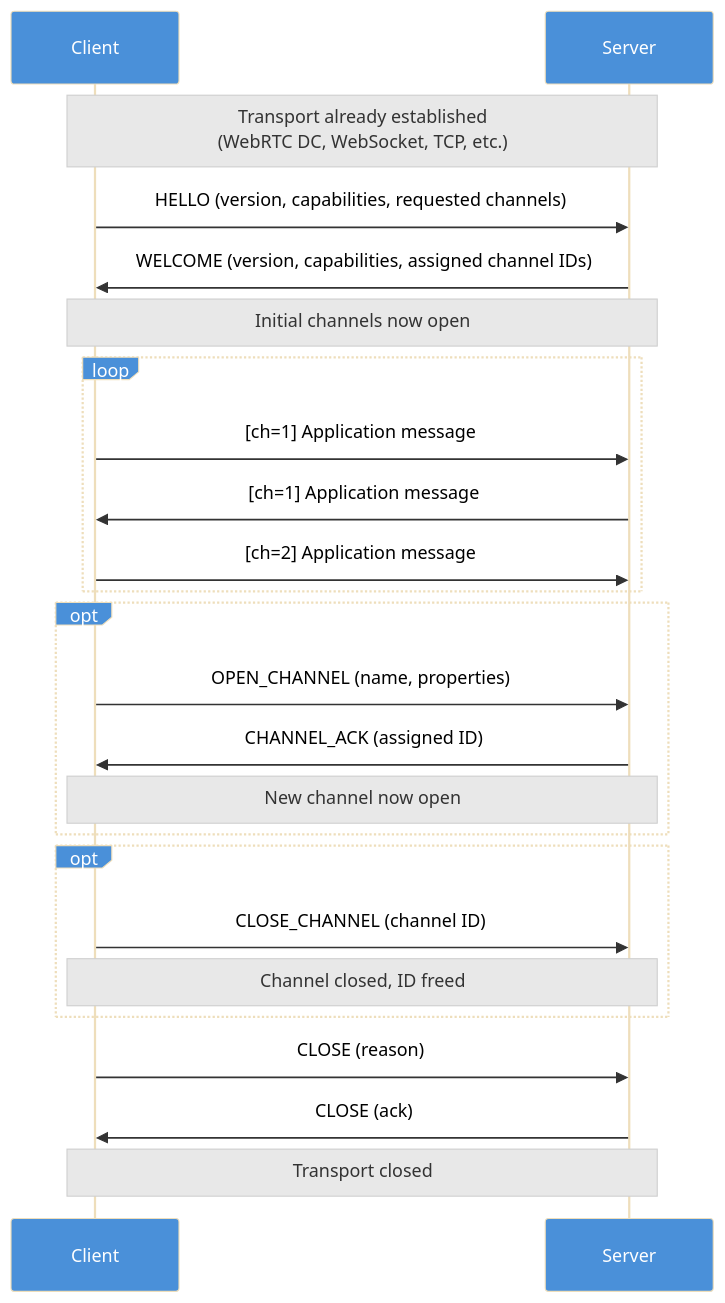
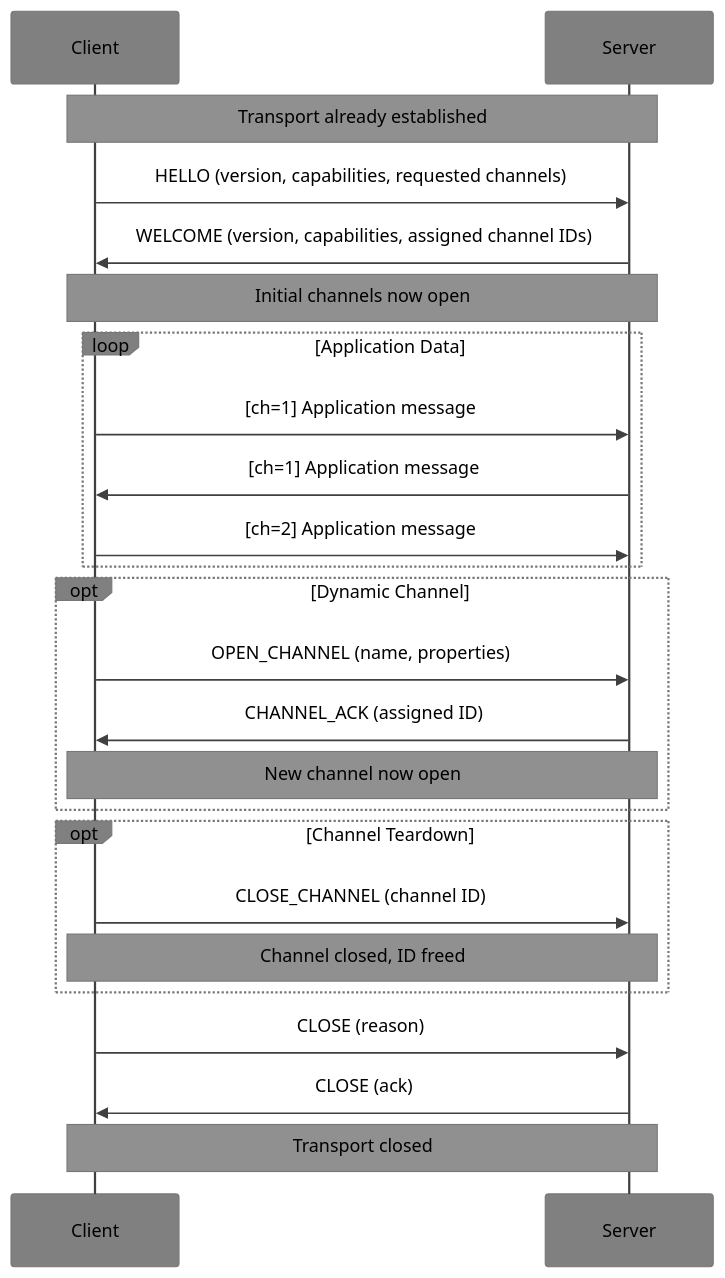
One commit to deftai/xumux changed the sixth of 16 diagrams in README.md. Above: the diagram before and after it, drawn with Mermaid. The commit also changed other lines of this file, not shown here.

Commit message:
docs: apply grayscale theme to all README mermaid diagrams

````diff
--- a/README.md
+++ b/README.md
@@ -206,34 +206,34 @@
 ```mermaid
-%%{init: {'theme': 'base', 'themeVariables': {'primaryTextColor': '#000', 'noteBkgColor': '#e8e8e8', 'actorBkg': '#4a90d9', 'actorTextColor': '#fff', 'signalColor': '#333'}}}%%
+%%{init: {'theme': 'base', 'themeVariables': {'primaryTextColor': '#000000', 'secondaryTextColor': '#000000', 'tertiaryTextColor': '#000000', 'noteTextColor': '#000000', 'primaryColor': '#909090', 'secondaryColor': '#808080', 'tertiaryColor': '#707070', 'lineColor': '#404040', 'actorLineColor': '#404040', 'signalColor': '#404040', 'actorBkg': '#808080', 'actorTextColor': '#000000', 'noteBkgColor': '#909090'}}}%%
 sequenceDiagram
     participant C as Client
     participant S as Server
 
-    Note over C,S: Transport already established<br/>(WebRTC DC, WebSocket, TCP, etc.)
+    Note over C,S: Transport already established
 
     C->>S: HELLO (version, capabilities, requested channels)
     S->>C: WELCOME (version, capabilities, assigned channel IDs)
 
     Note over C,S: Initial channels now open
 
     loop Application Data
         C->>S: [ch=1] Application message
         S->>C: [ch=1] Application message
         C->>S: [ch=2] Application message
     end
 
     opt Dynamic Channel
         C->>S: OPEN_CHANNEL (name, properties)
         S->>C: CHANNEL_ACK (assigned ID)
         Note over C,S: New channel now open
     end
 
     opt Channel Teardown
         C->>S: CLOSE_CHANNEL (channel ID)
         Note over C,S: Channel closed, ID freed
     end
 
     C->>S: CLOSE (reason)
     S->>C: CLOSE (ack)
     Note over C,S: Transport closed
 ```
````
